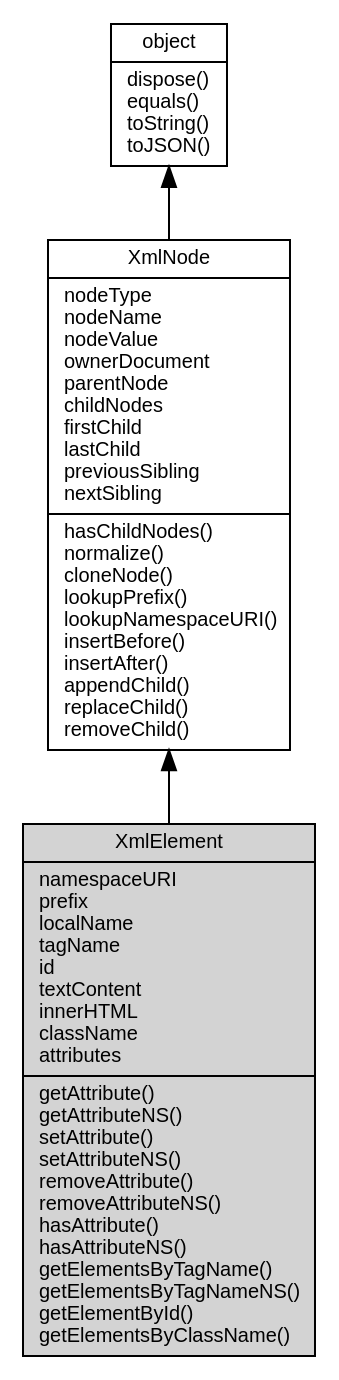
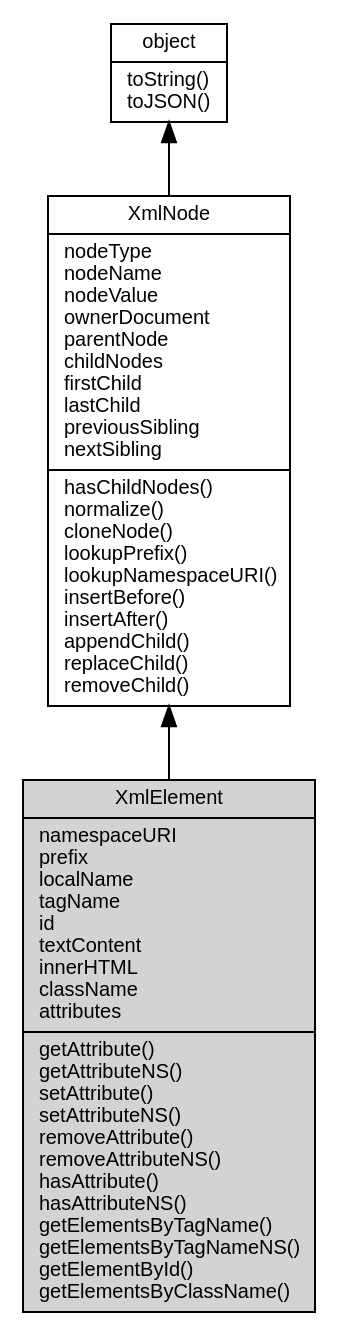
The diagram in docs/manual/object/ifs/XmlElement.md (fibjs/fibjs.org), drawn with Graphviz before and after one commit. The commit also changed other lines of this file and 300 other files, not shown here.

````diff
--- a/docs/manual/object/ifs/XmlElement.md
+++ b/docs/manual/object/ifs/XmlElement.md
@@ -5,12 +5,12 @@
 ```dot
 digraph {
     node [fontname="Helvetica,sans-Serif", fontsize=10, shape="record", style="filled", fillcolor="white"];
 
-    object [tooltip="object", URL="object.md", label="{object|dispose()\lequals()\ltoString()\ltoJSON()\l}"];
+    object [tooltip="object", URL="object.md", label="{object|toString()\ltoJSON()\l}"];
     XmlNode [tooltip="XmlNode", URL="XmlNode.md", label="{XmlNode|nodeType\lnodeName\lnodeValue\lownerDocument\lparentNode\lchildNodes\lfirstChild\llastChild\lpreviousSibling\lnextSibling\l|hasChildNodes()\lnormalize()\lcloneNode()\llookupPrefix()\llookupNamespaceURI()\linsertBefore()\linsertAfter()\lappendChild()\lreplaceChild()\lremoveChild()\l}"];
     XmlElement [tooltip="XmlElement", fillcolor="lightgray", id="me", label="{XmlElement|namespaceURI\lprefix\llocalName\ltagName\lid\ltextContent\linnerHTML\lclassName\lattributes\l|getAttribute()\lgetAttributeNS()\lsetAttribute()\lsetAttributeNS()\lremoveAttribute()\lremoveAttributeNS()\lhasAttribute()\lhasAttributeNS()\lgetElementsByTagName()\lgetElementsByTagNameNS()\lgetElementById()\lgetElementsByClassName()\l}"];
 
     object -> XmlNode [dir=back];
     XmlNode -> XmlElement [dir=back];
 }
 ```
````
